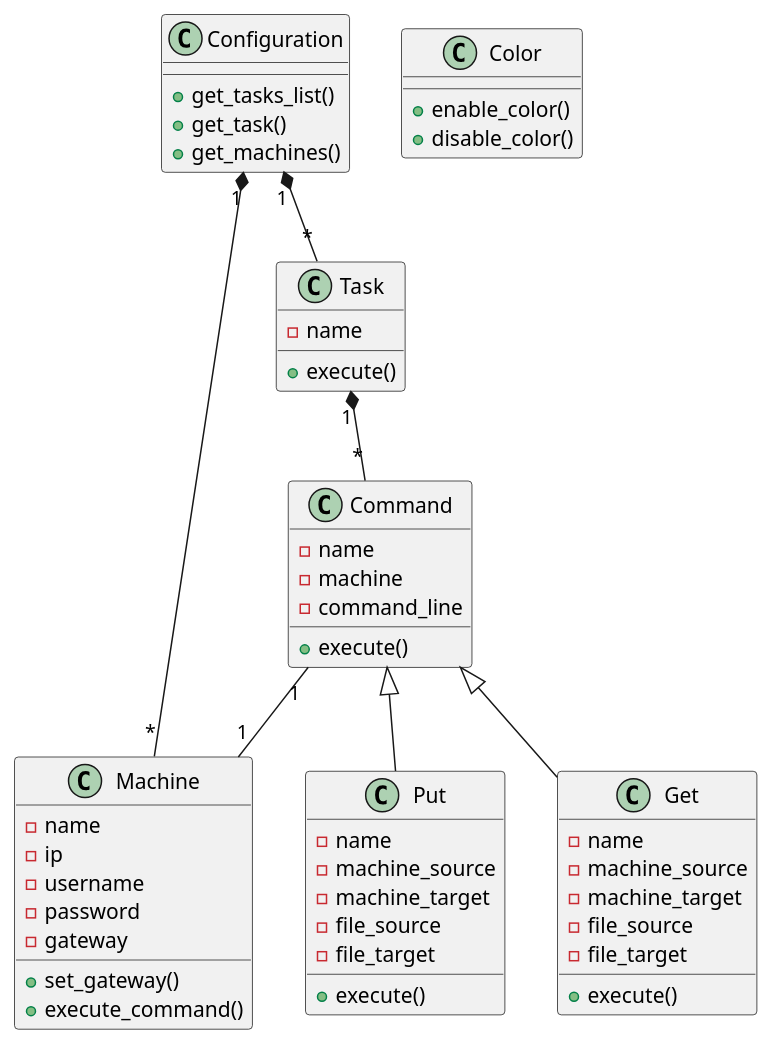
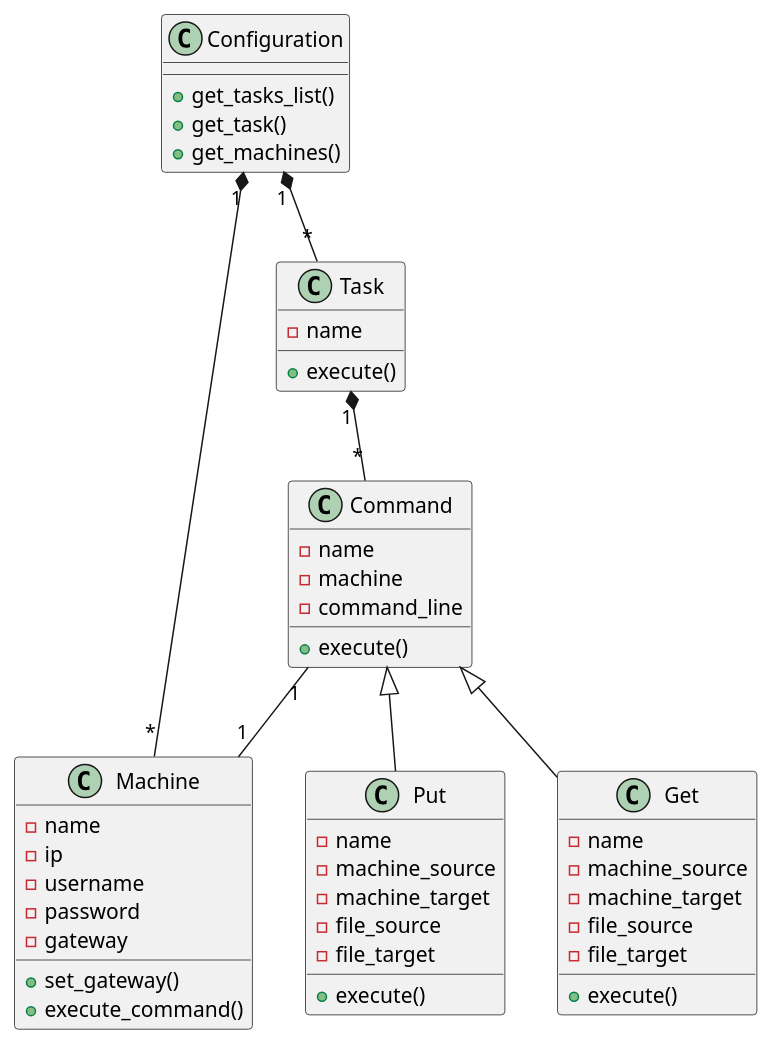
Before and after one commit to bth/stools: the diagram in doc/conception.rst, drawn with PlantUML.

Commit message:
Remove Color from class conception

```diff
--- a/doc/conception.rst
+++ b/doc/conception.rst
@@ -4,61 +4,56 @@
 .. uml:: 
    
    @startuml
    Configuration "1" *-- "*" Task
    Configuration "1" *-- "*" Machine
    Task "1" *-- "*" Command
    Command "1" -- "1" Machine
    Command <|-- Put
    Command <|-- Get
 
    class Configuration {
      +get_tasks_list()
      +get_task()
      +get_machines()
    }
 
    class Task {
      -name
      +execute()
    }
 
    class Command {
      -name
      -machine
      -command_line
      +execute()
    }
 
    class Put {
      -name
      -machine_source
      -machine_target
      -file_source
      -file_target
      +execute()
    }
 
    class Get {
      -name
      -machine_source
      -machine_target
      -file_source
      -file_target
      +execute()
    }
 
    class Machine {
      -name
      -ip
      -username
      -password
      -gateway
      +set_gateway()
      +execute_command()
    }
-
-   class Color {
-     +enable_color()
-     +disable_color()
-   }
    @enduml
```
